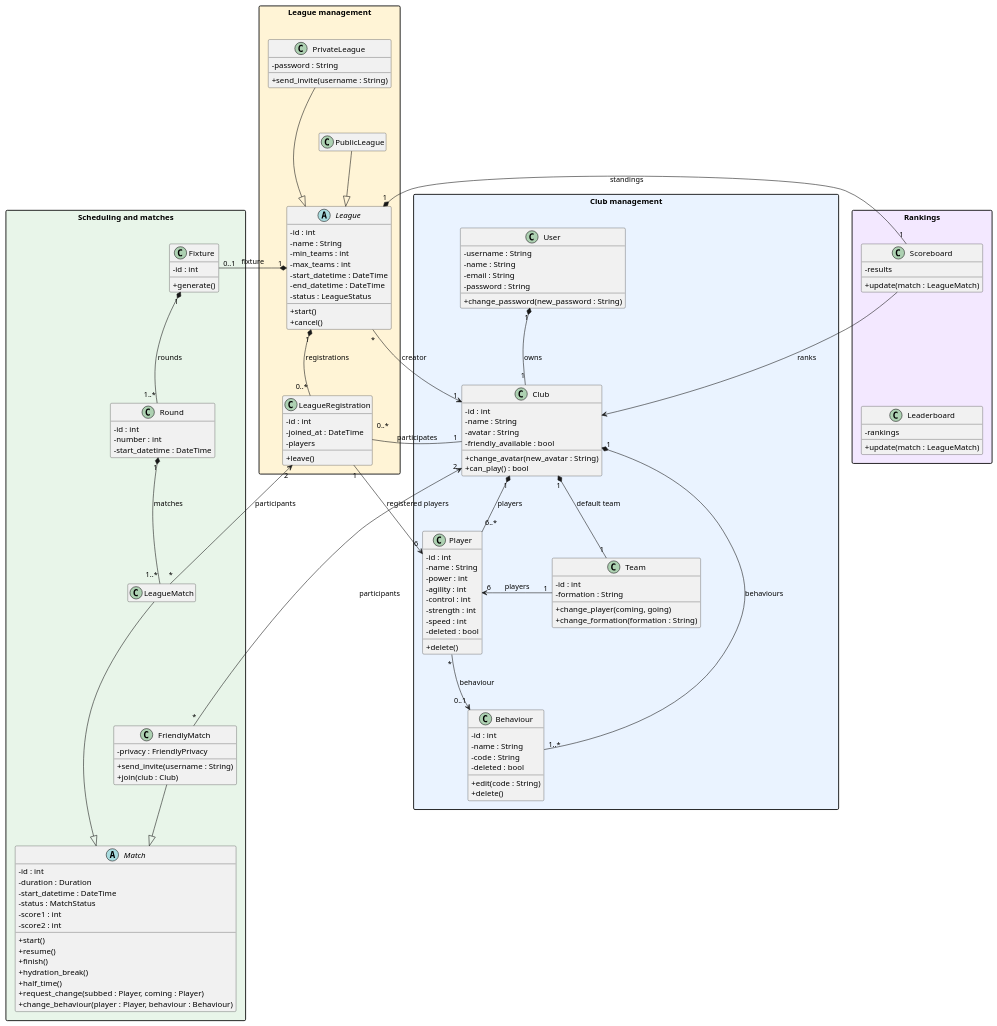
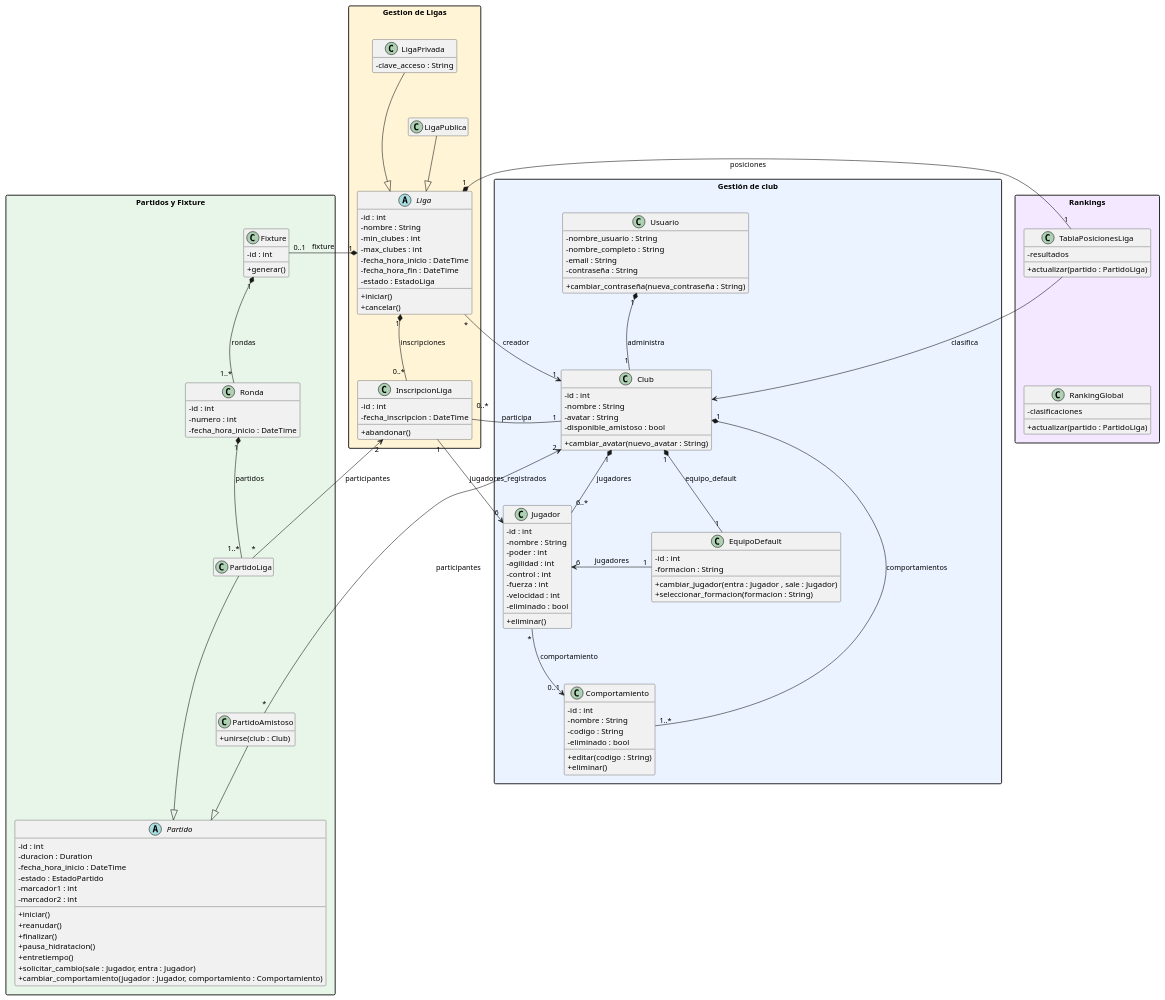
The diagram in docs/Diagrama_de_clases_final.puml (grupo-i-s-s/FutBot-I.S.S), drawn with PlantUML before and after one commit.

Commit message:
diagrama de clases final traducido

```diff
--- a/docs/Diagrama_de_clases_final.puml
+++ b/docs/Diagrama_de_clases_final.puml
@@ -1,190 +1,183 @@
 @startuml FutBot_Class_Diagram
 
 top to bottom direction
 skinparam classAttributeIconSize 0
 skinparam nodesep 80
 skinparam ranksep 80
 skinparam packageStyle rectangle
 hide empty members
 
-package "Club management" as ClubZone #EAF3FF {
-    class User {
-        -username : String
-        -name : String
+package "Gestión de club" as ClubZone #EAF3FF {
+    class Usuario {
+        -nombre_usuario : String
+        -nombre_completo : String
         -email : String
-        -password : String
+        -contraseña : String
 
-        +change_password(new_password : String)
+        +cambiar_contraseña(nueva_contraseña : String)
     }
 
     class Club {
         -id : int
-        -name : String
+        -nombre : String
         -avatar : String
-        -friendly_available : bool
+        -disponible_amistoso : bool
 
-        +change_avatar(new_avatar : String)
-        +can_play() : bool
+        +cambiar_avatar(nuevo_avatar : String)
     }
 
-    class Team {
+    class EquipoDefault {
         -id : int
-        -formation : String
+        -formacion : String
 
-        +change_player(coming, going)
-        +change_formation(formation : String)
+        +cambiar_jugador(entra : Jugador , sale : Jugador)
+        +seleccionar_formacion(formacion : String)
     }
 
-    class Player {
+    class Jugador {
         -id : int
-        -name : String
-        -power : int
-        -agility : int
+        -nombre : String
+        -poder : int
+        -agilidad : int
         -control : int
-        -strength : int
-        -speed : int
-        -deleted : bool
+        -fuerza : int
+        -velocidad : int
+        -eliminado : bool
 
-        +delete()
+        +eliminar()
     }
 
-    class Behaviour {
+    class Comportamiento {
         -id : int
-        -name : String
-        -code : String
-        -deleted : bool
+        -nombre : String
+        -codigo : String
+        -eliminado : bool
 
-        +edit(code : String)
-        +delete()
+        +editar(codigo : String)
+        +eliminar()
     }
 }
 
-package "League management" as LeagueZone #FFF4D6 {
-    class PrivateLeague {
-        -password : String
-
-        +send_invite(username : String)
+package "Gestion de Ligas" as LeagueZone #FFF4D6 {
+    class LigaPrivada {
+        -clave_acceso : String
     }
 
-    class PublicLeague {
+    class LigaPublica {
     }
 
-    abstract class League {
+    abstract class Liga {
         -id : int
-        -name : String
-        -min_teams : int
-        -max_teams : int
-        -start_datetime : DateTime
-        -end_datetime : DateTime
-        -status : LeagueStatus
+        -nombre : String
+        -min_clubes : int
+        -max_clubes : int
+        -fecha_hora_inicio : DateTime
+        -fecha_hora_fin : DateTime
+        -estado : EstadoLiga
 
-        +start()
-        +cancel()
+        +iniciar()
+        +cancelar()
     }
 
-    class LeagueRegistration {
+    class InscripcionLiga {
         -id : int
-        -joined_at : DateTime
-        -players
+        -fecha_inscripcion : DateTime
 
-        +leave()
+        +abandonar()
     }
 }
 
-package "Scheduling and matches" as MatchZone #E8F5E9 {
+package "Partidos y Fixture" as MatchZone #E8F5E9 {
     class Fixture {
         -id : int
 
-        +generate()
+        +generar()
     }
 
-    class Round {
+    class Ronda {
         -id : int
-        -number : int
-        -start_datetime : DateTime
+        -numero : int
+        -fecha_hora_inicio : DateTime
     }
 
-    abstract class Match {
+    abstract class Partido {
         -id : int
-        -duration : Duration
-        -start_datetime : DateTime
-        -status : MatchStatus
-        -score1 : int
-        -score2 : int
+        -duracion : Duration
+        -fecha_hora_inicio : DateTime
+        -estado : EstadoPartido
+        -marcador1 : int
+        -marcador2 : int
 
-        +start()
-        +resume()
-        +finish()
-        +hydration_break()
-        +half_time()
-        +request_change(subbed : Player, coming : Player)
-        +change_behaviour(player : Player, behaviour : Behaviour)
+        +iniciar()
+        +reanudar()
+        +finalizar()
+        +pausa_hidratacion()
+        +entretiempo()
+        +solicitar_cambio(sale : Jugador, entra : Jugador)
+        +cambiar_comportamiento(jugador : Jugador, comportamiento : Comportamiento)
     }
 
-    class LeagueMatch {
+    class PartidoLiga {
     }
 
-    class FriendlyMatch {
-        -privacy : FriendlyPrivacy
-
-        +send_invite(username : String)
-        +join(club : Club)
+    class PartidoAmistoso {
+        +unirse(club : Club)
     }
 }
 
 package "Rankings" as RankingZone #F3E8FF {
-    class Scoreboard {
-        -results
+    class TablaPosicionesLiga {
+        -resultados
 
-        +update(match : LeagueMatch)
+        +actualizar(partido : PartidoLiga)
     }
 
-    class Leaderboard {
-        -rankings
+    class RankingGlobal {
+        -clasificaciones
 
-        +update(match : LeagueMatch)
+        +actualizar(partido : PartidoLiga)
     }
 }
 
-User "1" *-- "1" Club : owns
-Club "1" *-- "6..*" Player : players
-Club "1" *-- "1..*" Behaviour : behaviours
-Player "*" --> "0..1" Behaviour : behaviour
-Club "1" *-- "1" Team : default team
-Team "1" --> "6" Player : players
-League "*" --> "1" Club : creator
-League "1" *-- "0..*" LeagueRegistration : registrations
-Club "1" -- "0..*" LeagueRegistration : participates
-LeagueRegistration "1" --> "6" Player : registered players
-League "1" *-- "1" Scoreboard : standings
-Scoreboard --> Club : ranks
-League "1" *-- "0..1" Fixture : fixture
-Fixture "1" *-- "1..*" Round : rounds
-Round "1" *-- "1..*" LeagueMatch : matches
-LeagueMatch "*" --> "2" LeagueRegistration : participants
-FriendlyMatch "*" --> "2" Club : participants
-PrivateLeague --|> League
-PublicLeague --|> League
-LeagueMatch --|> Match
-FriendlyMatch --|> Match
+Usuario "1" *-- "1" Club : administra
+Club "1" *-- "6..*" Jugador : jugadores
+Club "1" *-- "1..*" Comportamiento : comportamientos
+Jugador "*" --> "0..1" Comportamiento : comportamiento
+Club "1" *-- "1" EquipoDefault : equipo_default
+EquipoDefault "1" --> "6" Jugador : jugadores
+Liga "*" --> "1" Club : creador
+Liga "1" *-- "0..*" InscripcionLiga : inscripciones
+Club "1" -- "0..*" InscripcionLiga : participa
+InscripcionLiga "1" --> "6" Jugador : jugadores_registrados
+Liga "1" *-- "1" TablaPosicionesLiga : posiciones
+TablaPosicionesLiga --> Club : clasifica
+Liga "1" *-- "0..1" Fixture : fixture
+Fixture "1" *-- "1..*" Ronda : rondas
+Ronda "1" *-- "1..*" PartidoLiga : partidos
+PartidoLiga "*" --> "2" InscripcionLiga : participantes
+PartidoAmistoso "*" --> "2" Club : participantes
+LigaPrivada --|> Liga
+LigaPublica --|> Liga
+PartidoLiga --|> Partido
+PartidoAmistoso --|> Partido
 
 ' Visual layout hints only; they do not represent domain relationships.
-Club -[hidden]right- League
-League -[hidden]right- Fixture
-Fixture -[hidden]right- Scoreboard
+Club -[hidden]right- Liga
+Liga -[hidden]right- Fixture
+Fixture -[hidden]right- TablaPosicionesLiga
 
-User -[hidden]down- Club
-Club -[hidden]down- Team
-Team -[hidden]right- Player
-Player -[hidden]down- Behaviour
+Usuario -[hidden]down- Club
+Club -[hidden]down- EquipoDefault
+EquipoDefault -[hidden]right- Jugador
+Jugador -[hidden]down- Comportamiento
 
-PrivateLeague -[hidden]down- PublicLeague
-League -[hidden]down- LeagueRegistration
+LigaPrivada -[hidden]down- LigaPublica
+Liga -[hidden]down- InscripcionLiga
 
-Fixture -[hidden]down- Round
-Round -[hidden]down- LeagueMatch
-LeagueMatch -[hidden]down- FriendlyMatch
+Fixture -[hidden]down- Ronda
+Ronda -[hidden]down- PartidoLiga
+PartidoLiga -[hidden]down- PartidoAmistoso
 
-Scoreboard -[hidden]down- Leaderboard
+TablaPosicionesLiga -[hidden]down- RankingGlobal
 
 @enduml
```
